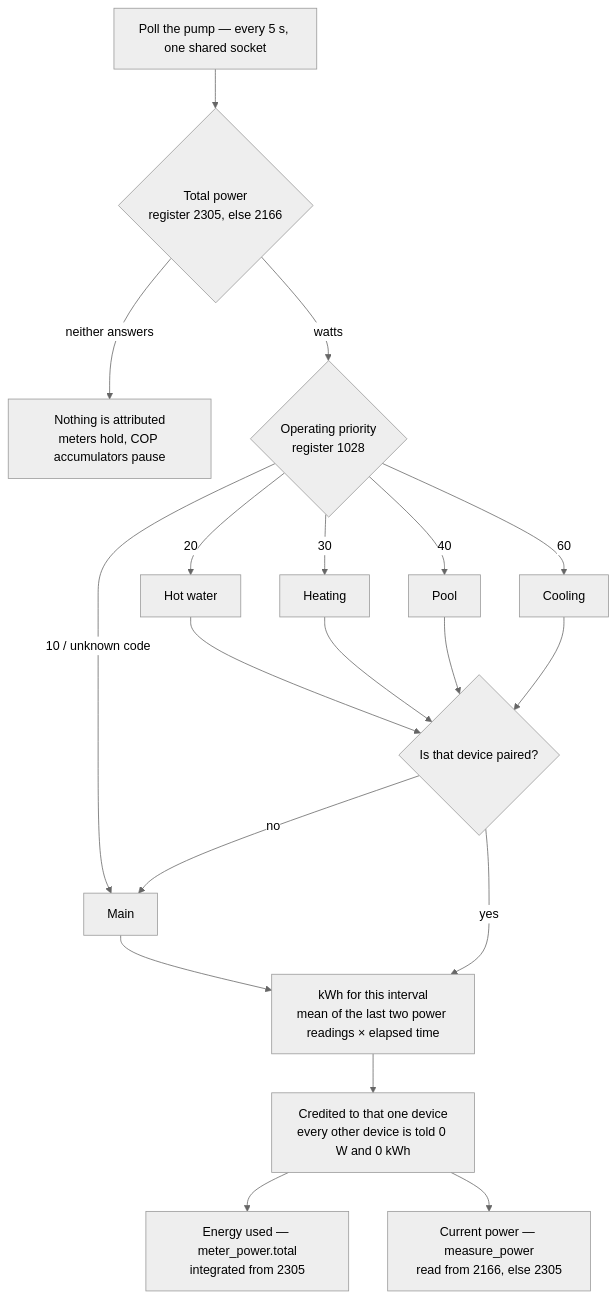
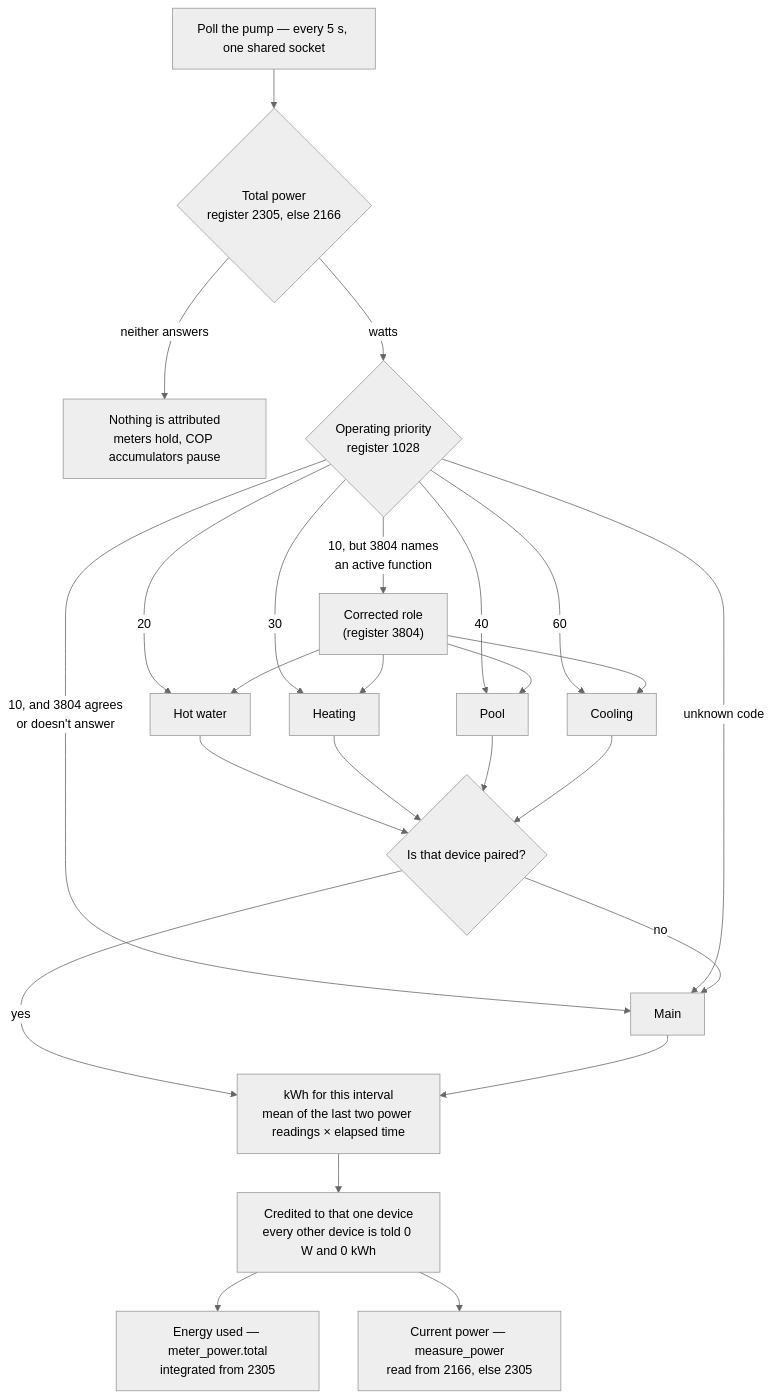
One commit to lovethyresson/com.nibe.local changed the first of 2 diagrams in docs/energy-attribution.md. Above: the diagram before and after it, drawn with Mermaid (neutral theme). The commit also changed other lines of this file and 6 other files, not shown here.

````diff
--- a/docs/energy-attribution.md
+++ b/docs/energy-attribution.md
@@ -20,21 +20,27 @@
 ```mermaid
 flowchart TD
     A["Poll the pump — every 5 s, one shared socket"] --> B{"Total power<br/>register 2305, else 2166"}
     B -- "neither answers" --> X["Nothing is attributed<br/>meters hold, COP accumulators pause"]
     B -- "watts" --> C{"Operating priority<br/>register 1028"}
-    C -- "10 / unknown code" --> M["Main"]
+    C -- "10, but 3804 names<br/>an active function" --> V["Corrected role<br/>(register 3804)"]
+    C -- "10, and 3804 agrees<br/>or doesn't answer" --> M["Main"]
+    C -- "unknown code" --> M
     C -- "20" --> HW["Hot water"]
     C -- "30" --> HE["Heating"]
     C -- "40" --> PO["Pool"]
     C -- "60" --> CO["Cooling"]
+    V --> HW
+    V --> HE
+    V --> PO
+    V --> CO
     HW --> P{"Is that device paired?"}
     HE --> P
     PO --> P
     CO --> P
     P -- "no" --> M
     P -- "yes" --> D
     M --> D["kWh for this interval<br/>mean of the last two power readings × elapsed time"]
     D --> E["Credited to that one device<br/>every other device is told 0 W and 0 kWh"]
     E --> F["Energy used — meter_power.total<br/>integrated from 2305"]
     E --> G["Current power — measure_power<br/>read from 2166, else 2305"]
 ```
````
